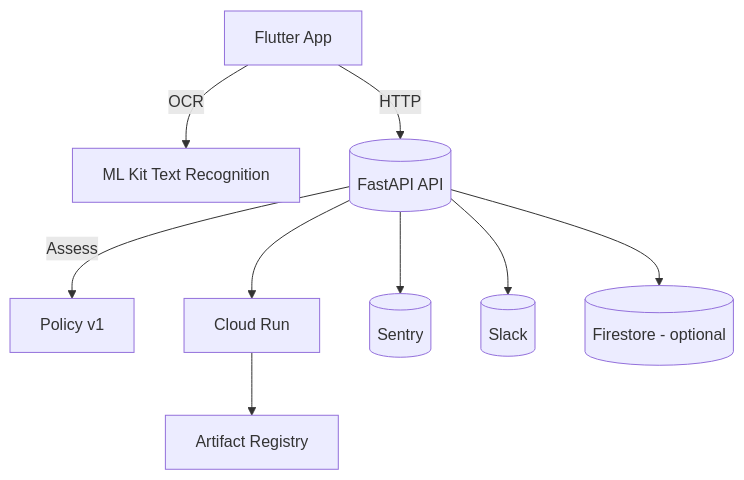
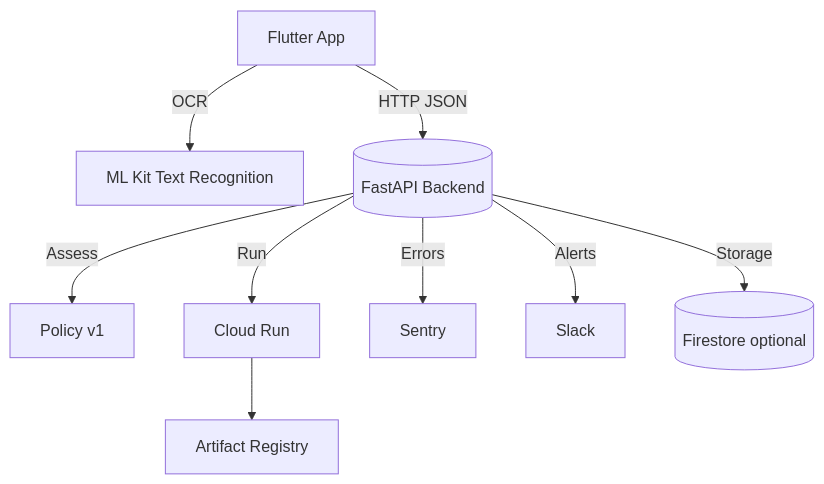
The diagram in docs/ARCHITECTURE.md (IthaiS/unique), drawn with Mermaid before and after one commit. The commit also changed 45 other files, not shown here.

````diff
--- a/docs/ARCHITECTURE.md
+++ b/docs/ARCHITECTURE.md
@@ -3,11 +3,11 @@
 ```mermaid
 flowchart TD
-  Mobile[Flutter App] -- OCR --> OCR[ML Kit Text Recognition]
-  Mobile -- HTTP --> Backend[(FastAPI API)]
-  Backend -- Assess --> Policy[Policy v1]
-  Backend --> CloudRun[Cloud Run]
-  CloudRun --> AR[Artifact Registry]
-  Backend --> Sentry[(Sentry)]
-  Backend --> Slack[(Slack)]
-  Backend --> Firestore[(Firestore - optional)]
+  A[Flutter App] -->|OCR| B[ML Kit Text Recognition]
+  A -->|HTTP JSON| C[(FastAPI Backend)]
+  C -->|Assess| D[Policy v1]
+  C -->|Run| E[Cloud Run]
+  E --> F[Artifact Registry]
+  C -->|Errors| G[Sentry]
+  C -->|Alerts| H[Slack]
+  C -->|Storage| I[(Firestore optional)]
 ```
````
